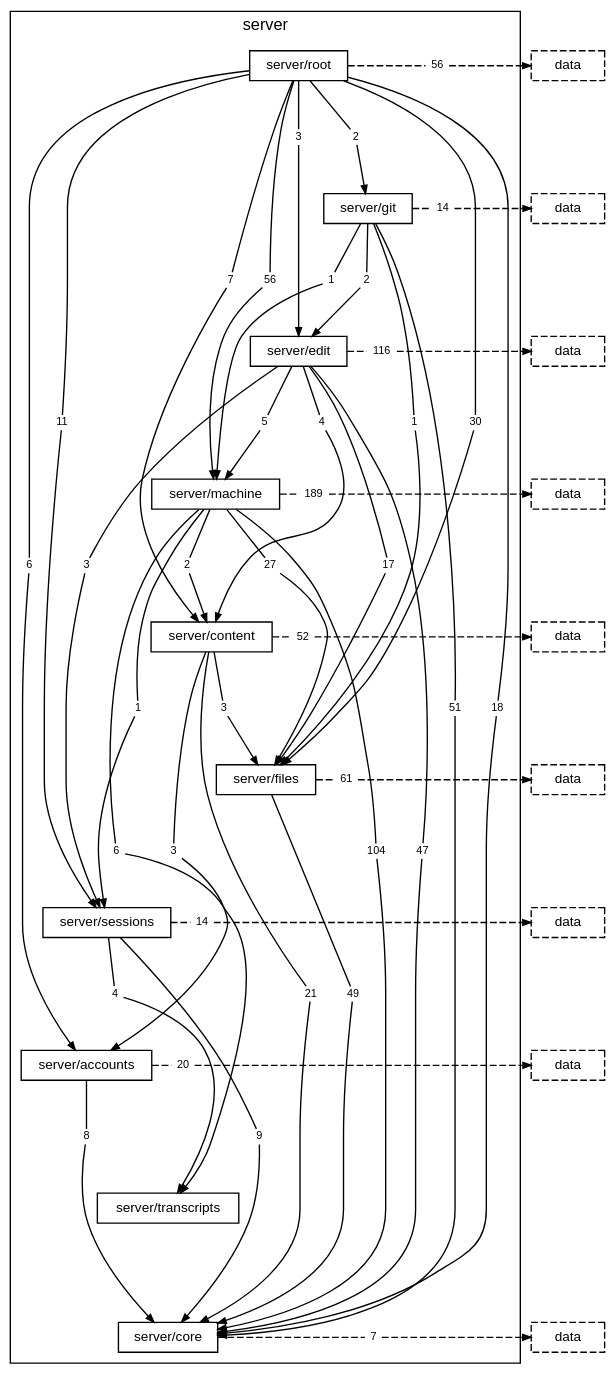
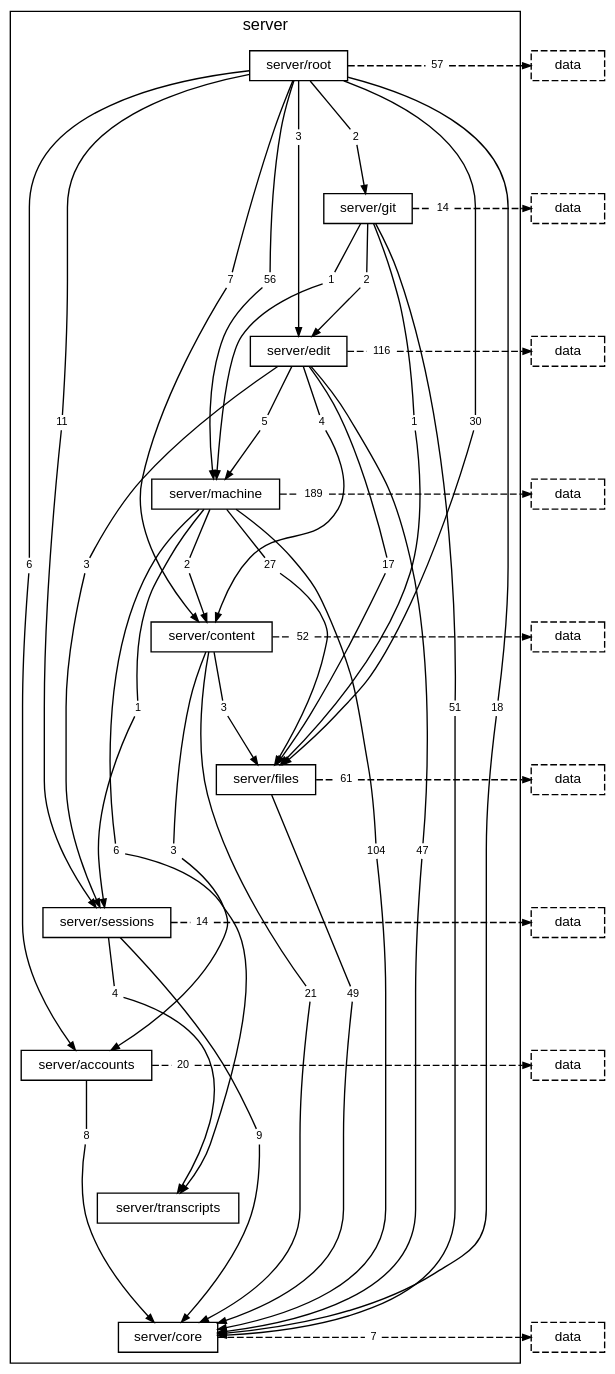
Before and after one commit to TheAxeC/oculus: the diagram in docs/diagrams/layer-server.dot, drawn with Graphviz. The commit also changed 123 other files, not shown here.

```diff
--- a/docs/diagrams/layer-server.dot
+++ b/docs/diagrams/layer-server.dot
@@ -22,7 +22,7 @@
         "folder server/root to folder server/git" [label="2", shape=box, color="transparent", fontsize=8, width=0, height=0, margin="0.04,0.02"];
         "folder server/root to folder server/machine" [label="56", shape=box, color="transparent", fontsize=8, width=0, height=0, margin="0.04,0.02"];
         "folder server/root to folder server/sessions" [label="11", shape=box, color="transparent", fontsize=8, width=0, height=0, margin="0.04,0.02"];
-        "folder server/root to layer data" [label="56", shape=box, color="transparent", fontsize=8, width=0, height=0, margin="0.04,0.02"];
+        "folder server/root to layer data" [label="57", shape=box, color="transparent", fontsize=8, width=0, height=0, margin="0.04,0.02"];
         "folder server/git to folder server/core" [label="51", shape=box, color="transparent", fontsize=8, width=0, height=0, margin="0.04,0.02"];
         "folder server/git to folder server/edit" [label="2", shape=box, color="transparent", fontsize=8, width=0, height=0, margin="0.04,0.02"];
         "folder server/git to folder server/files" [label="1", shape=box, color="transparent", fontsize=8, width=0, height=0, margin="0.04,0.02"];
```
